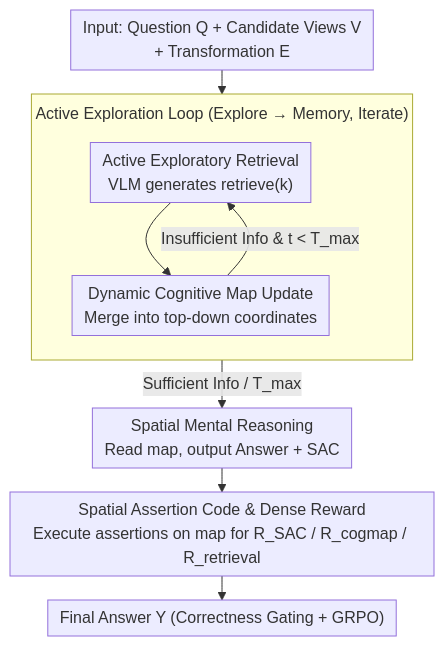
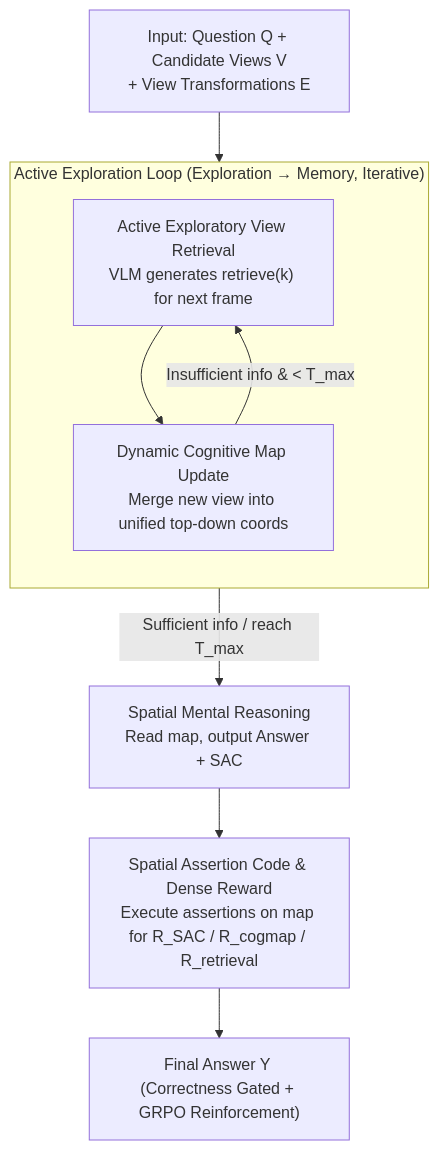
One commit to zhaoyang97/Paper-Notes-en changed the diagram in docs/ICML2026/vlm_reasoning/active_exploring_like_a_pigeon_reinforcing_spatial_reasoning_via_agentic_vision-.md. Above: the diagram before and after it, drawn with Mermaid. The commit also changed other lines of this file and 5084 other files, not shown here.

````diff
--- a/docs/ICML2026/vlm_reasoning/active_exploring_like_a_pigeon_reinforcing_spatial_reasoning_via_agentic_vision-.md
+++ b/docs/ICML2026/vlm_reasoning/active_exploring_like_a_pigeon_reinforcing_spatial_reasoning_via_agentic_vision-.md
@@ -48,13 +48,12 @@
 ```mermaid
-%%{init: {'flowchart': {'rankSpacing': 24, 'nodeSpacing': 28, 'padding': 6, 'wrappingWidth': 400, 'subGraphTitleMargin': {'top': 8, 'bottom': 16}}}}%%
-flowchart TD
-    A["Input: Question Q + Candidate Views V<br/>+ Transformation E"] --> B
-    subgraph LOOP["Active Exploration Loop (Explore → Memory, Iterate)"]
+graph TD
+    A["Input: Question Q + Candidate Views V<br/>+ View Transformations E"] --> B
+    subgraph LOOP["Active Exploration Loop (Exploration → Memory, Iterative)"]
         direction TB
-        B["Active Exploratory Retrieval<br/>VLM generates retrieve(k)"] --> C["Dynamic Cognitive Map Update<br/>Merge into top-down coordinates"]
-        C -->|Insufficient Info & t < T_max| B
+        B["Active Exploratory View Retrieval<br/>VLM generates retrieve(k) for next frame"] --> C["Dynamic Cognitive Map Update<br/>Merge new view into unified top-down coords"]
+        C -->|Insufficient info & < T_max| B
     end
-    C -->|Sufficient Info / T_max| D["Spatial Mental Reasoning<br/>Read map, output Answer + SAC"]
+    C -->|Sufficient info / reach T_max| D["Spatial Mental Reasoning<br/>Read map, output Answer + SAC"]
     D --> E["Spatial Assertion Code & Dense Reward<br/>Execute assertions on map for R_SAC / R_cogmap / R_retrieval"]
-    E --> F["Final Answer Y (Correctness Gating + GRPO)"]
+    E --> F["Final Answer Y (Correctness Gated + GRPO Reinforcement)"]
 ```
````
